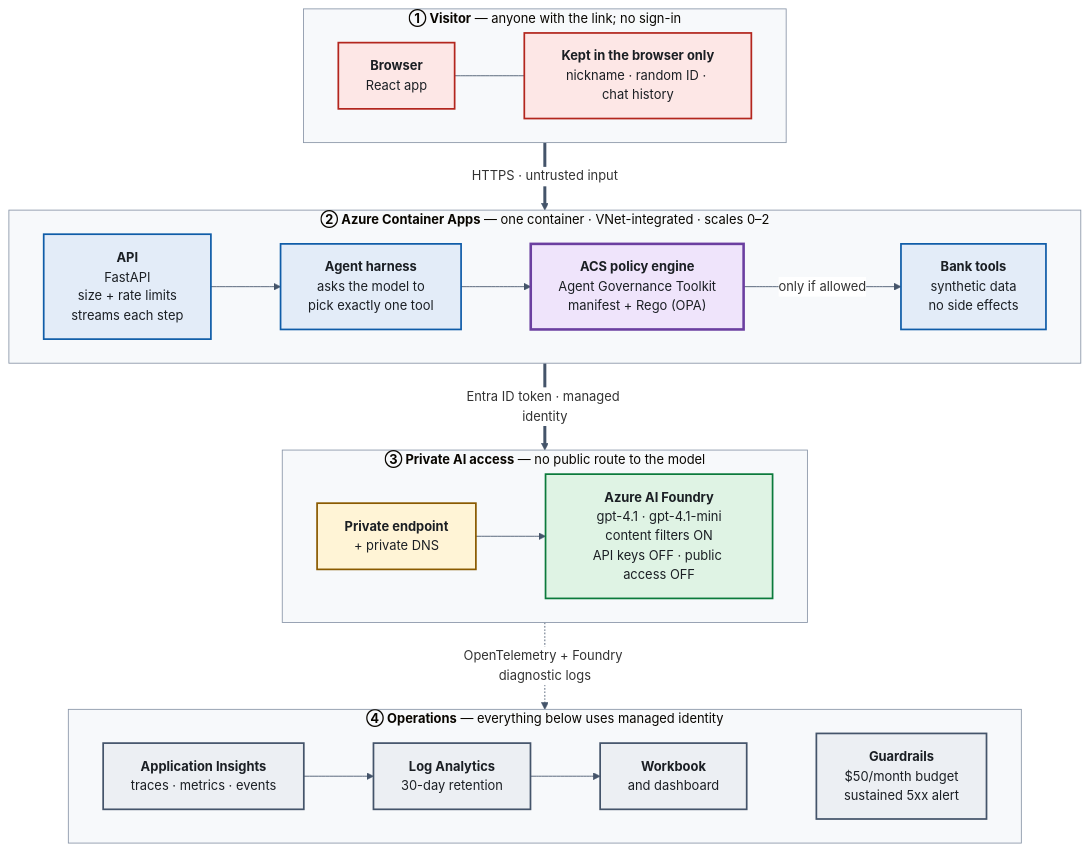
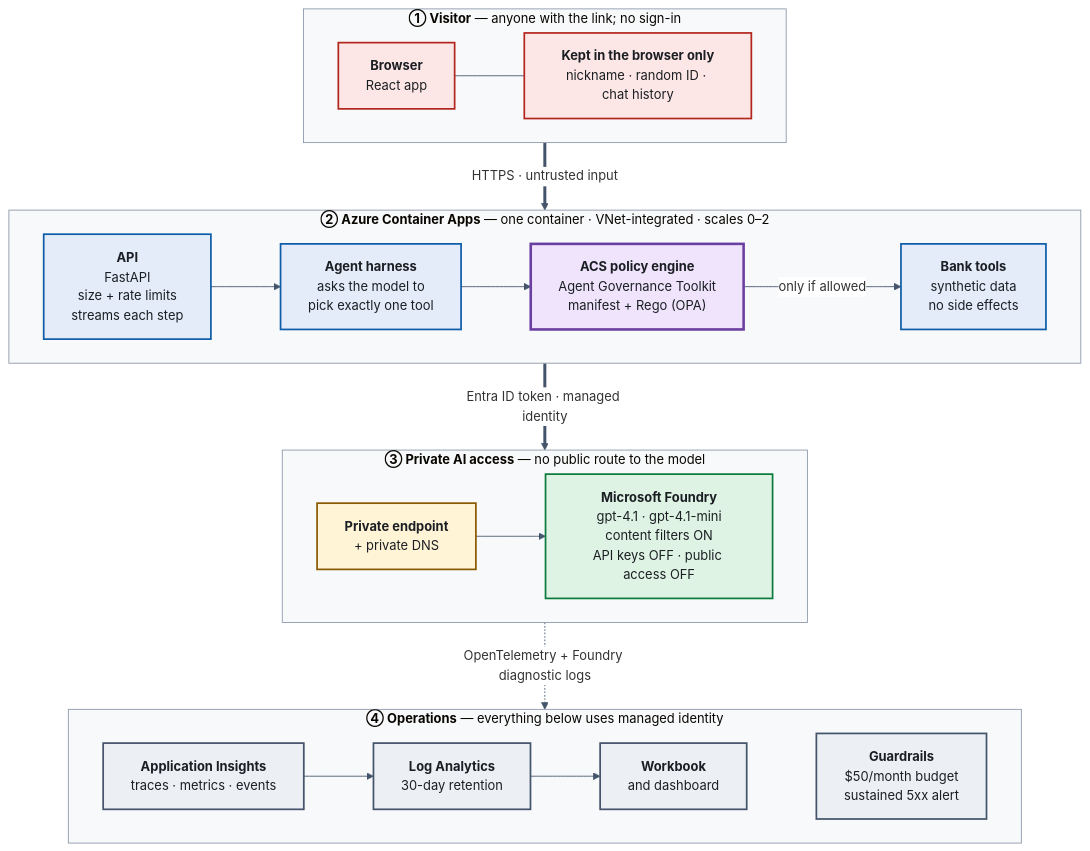
One commit to michaelsrichter/bank-manager-standalone changed the diagram in docs/architecture/diagrams/architecture.mmd. Above: the diagram before and after it, drawn with Mermaid. The commit also changed 27 other files, not shown here.

First line of the commit message:
Add evaluators and AGT/ACS/ASSERT slides, product links page, and Microsoft Foundry naming

```diff
--- a/docs/architecture/diagrams/architecture.mmd
+++ b/docs/architecture/diagrams/architecture.mmd
@@ -1,51 +1,51 @@
 %%{init: {"theme": "base", "flowchart": {"nodeSpacing": 36, "rankSpacing": 56, "padding": 16, "htmlLabels": true}, "themeVariables": {"fontFamily": "Arial, Helvetica, sans-serif", "fontSize": "15px", "lineColor": "#44546a", "clusterBkg": "#f7f9fb", "clusterBorder": "#8a96a8", "edgeLabelBackground": "#ffffff"}}}%%
 flowchart TB
   subgraph L1["<b>① Visitor</b> — anyone with the link; no sign-in"]
     direction LR
     browser["<b>Browser</b><br/>React app"]
     local["<b>Kept in the browser only</b><br/>nickname · random ID · chat history"]
     browser --- local
   end
 
   subgraph L2["<b>② Azure Container Apps</b> — one container · VNet-integrated · scales 0–2"]
     direction LR
     api["<b>API</b><br/>FastAPI<br/>size + rate limits<br/>streams each step"]
     agent["<b>Agent harness</b><br/>asks the model to<br/>pick exactly one tool"]
     acs["<b>ACS policy engine</b><br/>Agent Governance Toolkit<br/>manifest + Rego (OPA)"]
     tools["<b>Bank tools</b><br/>synthetic data<br/>no side effects"]
     api --> agent --> acs -->|only if allowed| tools
   end
 
   subgraph L3["<b>③ Private AI access</b> — no public route to the model"]
     direction LR
     pe["<b>Private endpoint</b><br/>+ private DNS"]
-    models["<b>Azure AI Foundry</b><br/>gpt-4.1 · gpt-4.1-mini<br/>content filters ON<br/>API keys OFF · public access OFF"]
+    models["<b>Microsoft Foundry</b><br/>gpt-4.1 · gpt-4.1-mini<br/>content filters ON<br/>API keys OFF · public access OFF"]
     pe --> models
   end
 
   subgraph L4["<b>④ Operations</b> — everything below uses managed identity"]
     direction LR
     appi["<b>Application Insights</b><br/>traces · metrics · events"]
     law["<b>Log Analytics</b><br/>30-day retention"]
     views["<b>Workbook</b><br/>and dashboard"]
     guard["<b>Guardrails</b><br/>$50/month budget<br/>sustained 5xx alert"]
     appi --> law --> views
     views ~~~ guard
   end
 
   L1 ==>|"HTTPS · untrusted input"| L2
   L2 ==>|"Entra ID token · managed identity"| L3
   L3 -.->|"OpenTelemetry + Foundry diagnostic logs"| L4
 
   classDef edge fill:#fde7e6,stroke:#b3261e,stroke-width:2px,color:#1b1f24
   classDef app fill:#e3ecf8,stroke:#0f5ca8,stroke-width:2px,color:#1b1f24
   classDef gov fill:#efe4fb,stroke:#6b3fa0,stroke-width:3px,color:#1b1f24
   classDef net fill:#fff4d6,stroke:#8a5a00,stroke-width:2px,color:#1b1f24
   classDef ai fill:#dff3e4,stroke:#0b7a3b,stroke-width:2px,color:#1b1f24
   classDef ops fill:#eceff3,stroke:#44546a,stroke-width:2px,color:#1b1f24
   class browser,local edge
   class api,agent,tools app
   class acs gov
   class pe net
   class models ai
   class appi,law,views,guard ops
```
